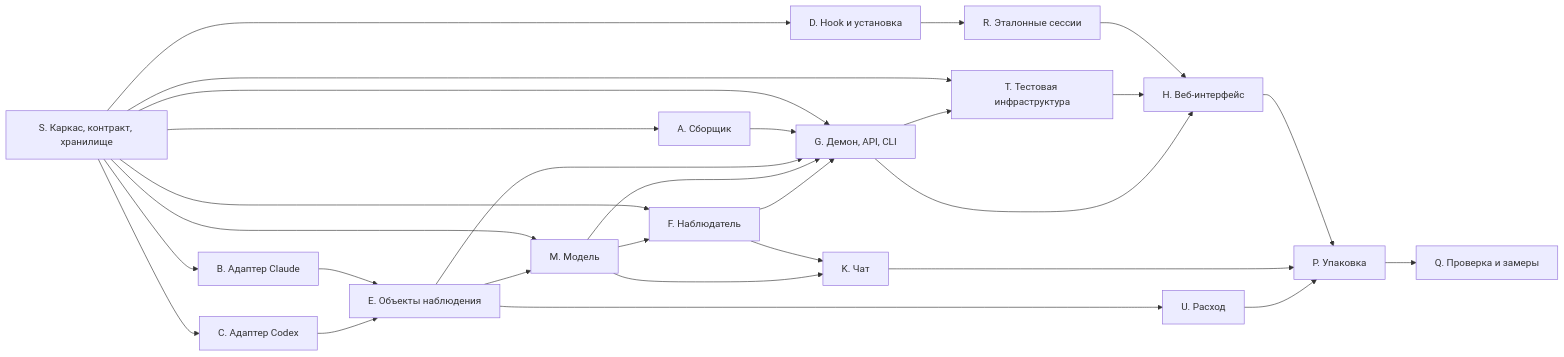
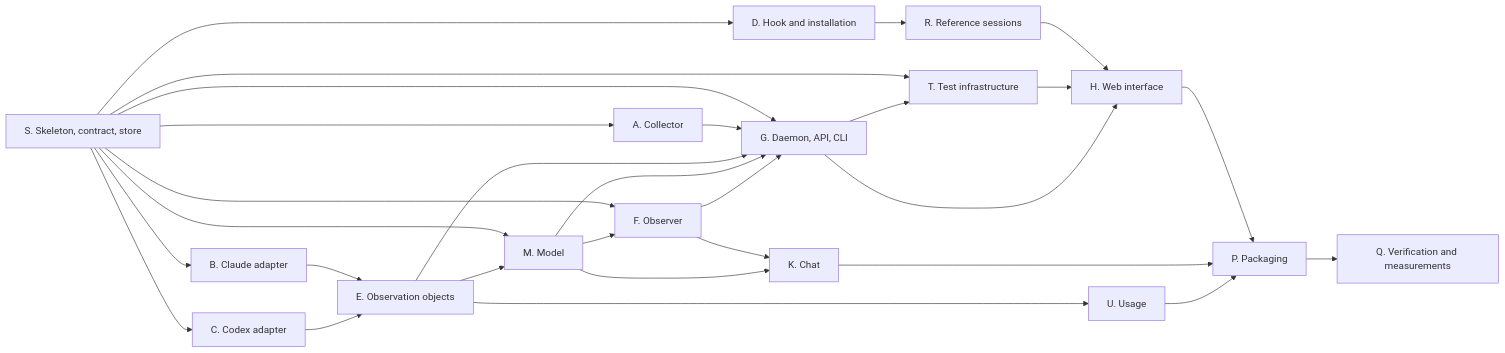
Before and after one commit to realkarych/aang: the diagram in docs/plan/mvp.md, drawn with Mermaid. The commit also changed other lines of this file and 43 other files, not shown here.

````diff
--- a/docs/plan/mvp.md
+++ b/docs/plan/mvp.md
@@ -48,31 +48,31 @@
 ```mermaid
 flowchart LR
-    S[S. Каркас, контракт, хранилище] --> A[A. Сборщик]
-    S --> B[B. Адаптер Claude]
-    S --> C[C. Адаптер Codex]
-    S --> D[D. Hook и установка]
-    S --> M[M. Модель]
-    S --> F[F. Наблюдатель]
-    S --> G[G. Демон, API, CLI]
-    S --> T[T. Тестовая инфраструктура]
-    B --> E[E. Объекты наблюдения]
+    S[S. Skeleton, contract, store] --> A[A. Collector]
+    S --> B[B. Claude adapter]
+    S --> C[C. Codex adapter]
+    S --> D[D. Hook and installation]
+    S --> M[M. Model]
+    S --> F[F. Observer]
+    S --> G[G. Daemon, API, CLI]
+    S --> T[T. Test infrastructure]
+    B --> E[E. Observation objects]
     C --> E
-    D --> R[R. Эталонные сессии]
+    D --> R[R. Reference sessions]
     E --> M
     M --> F
     A --> G
     E --> G
     M --> G
     F --> G
     G --> T
-    R --> H[H. Веб-интерфейс]
+    R --> H[H. Web interface]
     T --> H
     G --> H
-    F --> K[K. Чат]
+    F --> K[K. Chat]
     M --> K
-    E --> U[U. Расход]
-    H --> P[P. Упаковка]
+    E --> U[U. Usage]
+    H --> P[P. Packaging]
     K --> P
     U --> P
-    P --> Q[Q. Проверка и замеры]
+    P --> Q[Q. Verification and measurements]
 ```
````
